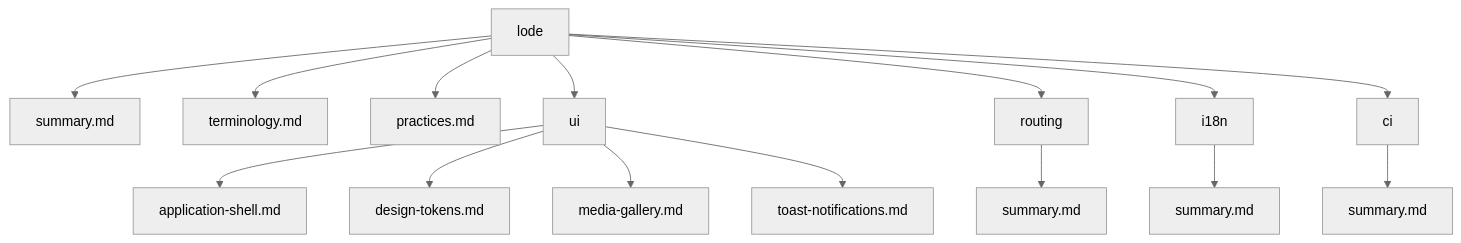
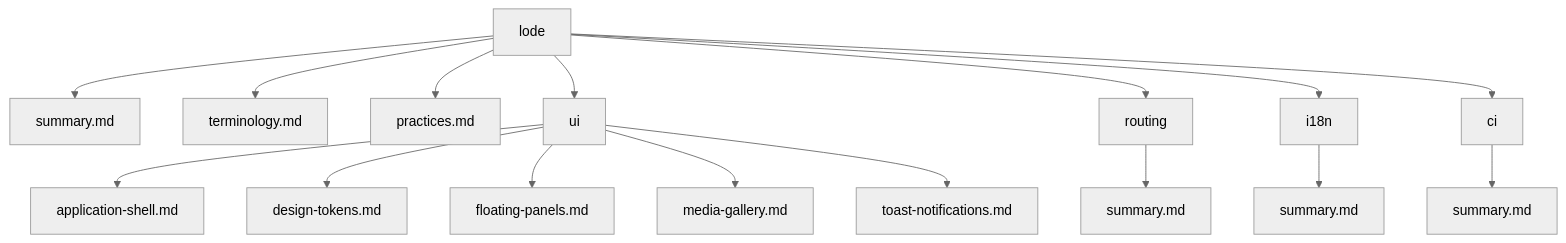
One commit to Zwezh/media-shelf changed the diagram in lode/lode-map.md. Above: the diagram before and after it, drawn with Mermaid (neutral theme). The commit also changed other lines of this file and 45 other files, not shown here.

````diff
--- a/lode/lode-map.md
+++ b/lode/lode-map.md
@@ -21,17 +22,18 @@
 ```mermaid
 flowchart TD
   Root[lode] --> Summary[summary.md]
   Root --> Terms[terminology.md]
   Root --> Practices[practices.md]
   Root --> UI[ui]
   UI --> UIShell[application-shell.md]
   UI --> UITokens[design-tokens.md]
+  UI --> FloatingPanels[floating-panels.md]
   UI --> MediaGallery[media-gallery.md]
   UI --> Toasts[toast-notifications.md]
   Root --> Routing[routing]
   Routing --> RouteSummary[summary.md]
   Root --> I18n[i18n]
   I18n --> I18nSummary[summary.md]
   Root --> CI[ci]
   CI --> CISummary[summary.md]
 ```
````
